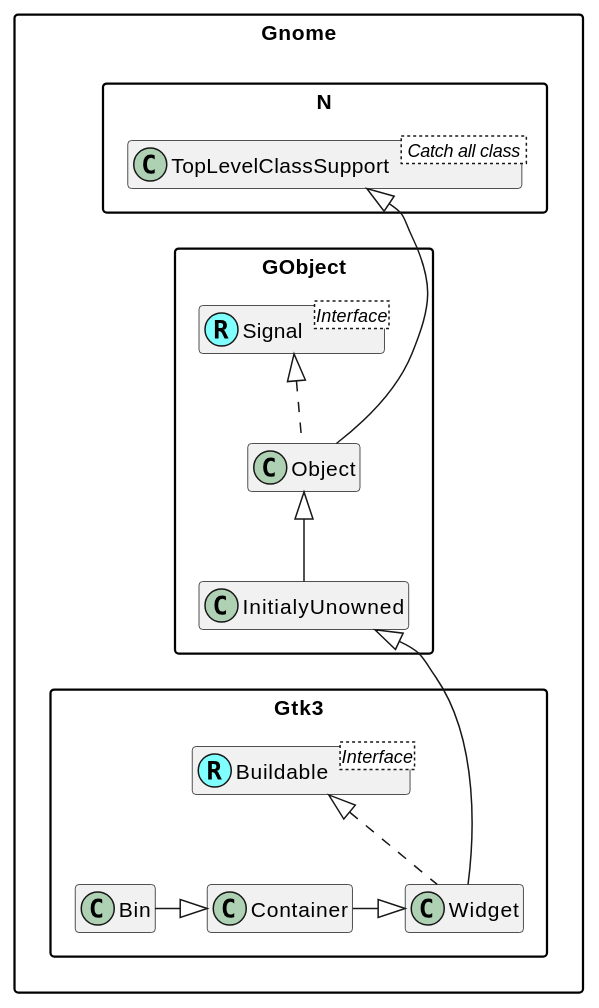
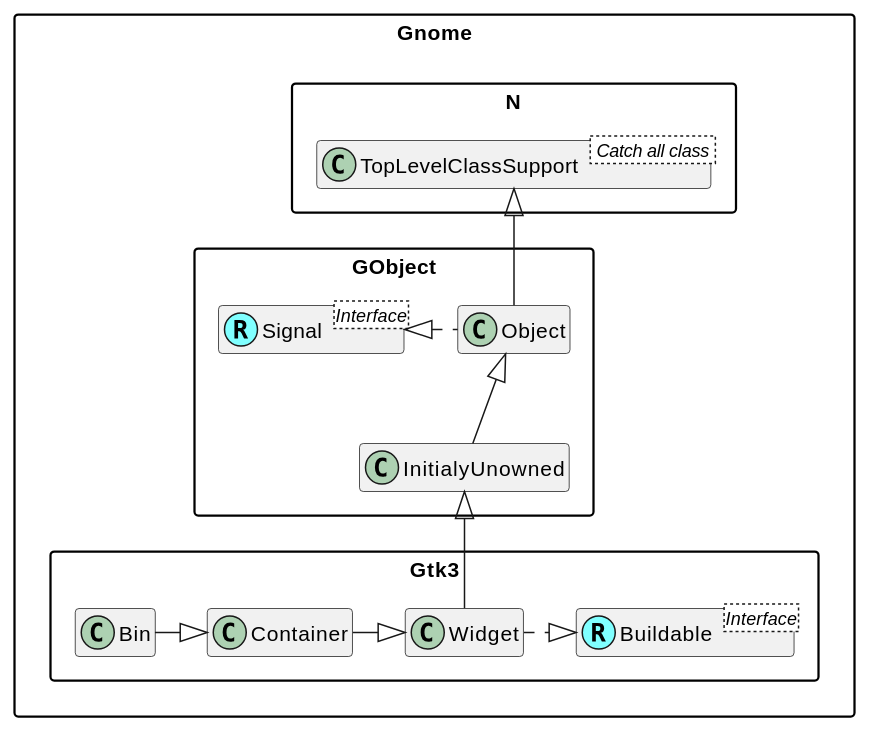
The diagram in doc/plantuml/Bin.md (MARTIMM/gnome-gtk3), drawn with PlantUML before and after one commit. The commit also changed 7 other files, not shown here.

Commit message:
uml diagram changes

````diff
--- a/doc/plantuml/Bin.md
+++ b/doc/plantuml/Bin.md
@@ -1,65 +1,64 @@
 ```plantuml
 @startuml
 'scale 0.9
 skinparam packageStyle rectangle
 skinparam stereotypeCBackgroundColor #80ffff
 set namespaceSeparator ::
 hide members
 
 'Class and interface decorations
 class Gnome::N::TopLevelClassSupport < Catch all class >
 
 Interface Gnome::GObject::Signal <Interface>
 class Gnome::GObject::Signal <<(R,#80ffff)>>
 
 Interface Gnome::Gtk3::Buildable <Interface>
 class Gnome::Gtk3::Buildable <<(R,#80ffff)>>
 
 'class Gnome::GObject::InitialyUnowned
 'class Gnome::GObject::Object
 'Class connections
-Gnome::N::TopLevelClassSupport <|--- Gnome::GObject::Object
-Gnome::GObject::InitialyUnowned <|--- Gnome::Gtk3::Widget
+Gnome::N::TopLevelClassSupport <|-- Gnome::GObject::Object
+Gnome::GObject::InitialyUnowned <|-- Gnome::Gtk3::Widget
 
 Gnome::GObject::Object <|-- Gnome::GObject::InitialyUnowned
-'Gnome::GObject::Object *-> Gnome::GObject::Signal
-Gnome::GObject::Signal <|.. Gnome::GObject::Object
+Gnome::GObject::Signal <|. Gnome::GObject::Object
 
-class Gnome::Gtk3::Widget implements Gnome::Gtk3::Buildable
+Gnome::Gtk3::Widget .|>Gnome::Gtk3::Buildable
 
 'Gnome::Gtk3::Button -|> Gnome::Gtk3::Bin
 Gnome::Gtk3::Bin -|> Gnome::Gtk3::Container
 Gnome::Gtk3::Container -|> Gnome::Gtk3::Widget
 
 
 
 'Interface Gnome::Gtk3::Actionable <Interface>
 'Gnome::Gtk3::Actionable <|-- Gnome::Gtk3::Button
 'class Gnome::Gtk3::Button implements Gnome::Gtk3::Actionable
 
 'Interface Gnome::Gtk3::Orientable <Interface>
 'Gnome::Gtk3::Orientable <|-- Gnome::Gtk3::ScaleButton
 
 'Interface Gnome::Gtk3::ColorChooser <Interface>
 'Gnome::Gtk3::ColorChooser <|-- Gnome::Gtk3::ColorButton
 
 'Interface Gnome::Gtk3::FontChooser <Interface>
 'Gnome::Gtk3::FontChooser <|-- Gnome::Gtk3::FontButton
 
 'Gnome::GObject <--[hidden]- Gnome::Gtk3
 
 
 
 'Gnome::Gtk3::Button <|-- Gnome::Gtk3::ToggleButton
 'Gnome::Gtk3::Button <|-- Gnome::Gtk3::ColorButton
 'Gnome::Gtk3::ToggleButton <|-- Gnome::Gtk3::CheckButton
 'Gnome::Gtk3::ToggleButton <|-- Gnome::Gtk3::MenuButton
 'Gnome::Gtk3::CheckButton <|-- Gnome::Gtk3::RadioButton
 'Gnome::Gtk3::Button <|--- Gnome::Gtk3::FontButton
 'Gnome::Gtk3::Button <|-- Gnome::Gtk3::LinkButton
 'Gnome::Gtk3::Button <|-- Gnome::Gtk3::LockButton
 'Gnome::Gtk3::Button <|-- Gnome::Gtk3::ModelButton
 'Gnome::Gtk3::Button <|-- Gnome::Gtk3::ScaleButton
 'Gnome::Gtk3::ScaleButton <|-- Gnome::Gtk3::VolumeButton
 @enduml
 ```
````
